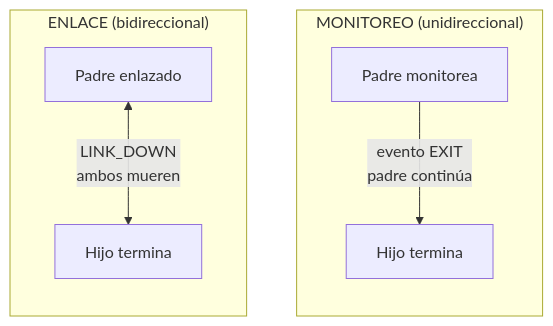
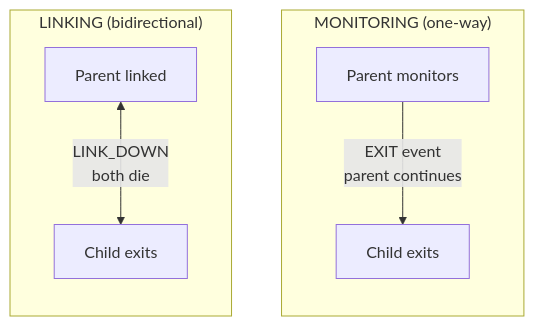
One commit to wippyai/docs changed the diagram in es/tutorials/supervision.md. Above: the diagram before and after it, drawn with Mermaid. The commit also changed other lines of this file and 38 other files, not shown here.

````diff
--- a/es/tutorials/supervision.md
+++ b/es/tutorials/supervision.md
@@ -17,12 +17,12 @@
 ```mermaid
 flowchart TB
-    subgraph Monitoring["MONITOREO (unidireccional)"]
+    subgraph Monitoring["MONITORING (one-way)"]
         direction TB
-        P1[Padre monitorea] -->|evento EXIT<br/>padre continúa| C1[Hijo termina]
+        P1[Parent monitors] -->|EXIT event<br/>parent continues| C1[Child exits]
     end
 
-    subgraph Linking["ENLACE (bidireccional)"]
+    subgraph Linking["LINKING (bidirectional)"]
         direction TB
-        P2[Padre enlazado] <-->|LINK_DOWN<br/>ambos mueren| C2[Hijo termina]
+        P2[Parent linked] <-->|LINK_DOWN<br/>both die| C2[Child exits]
     end
 ```
````
